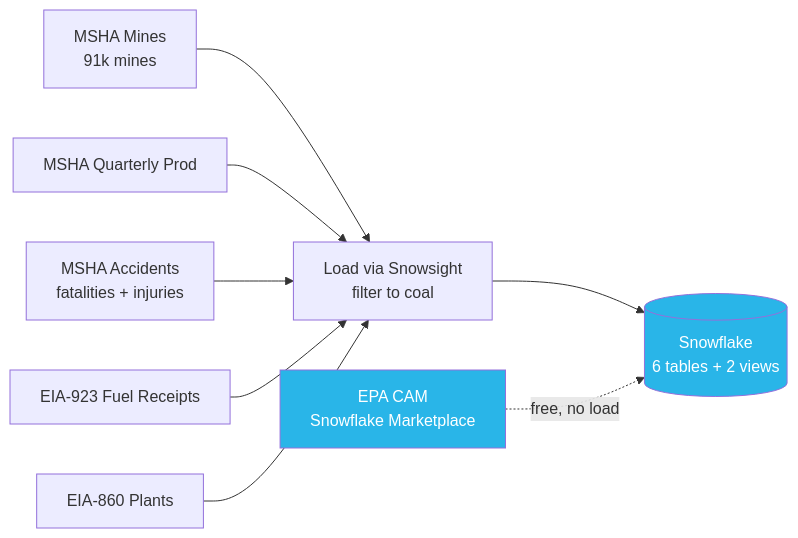
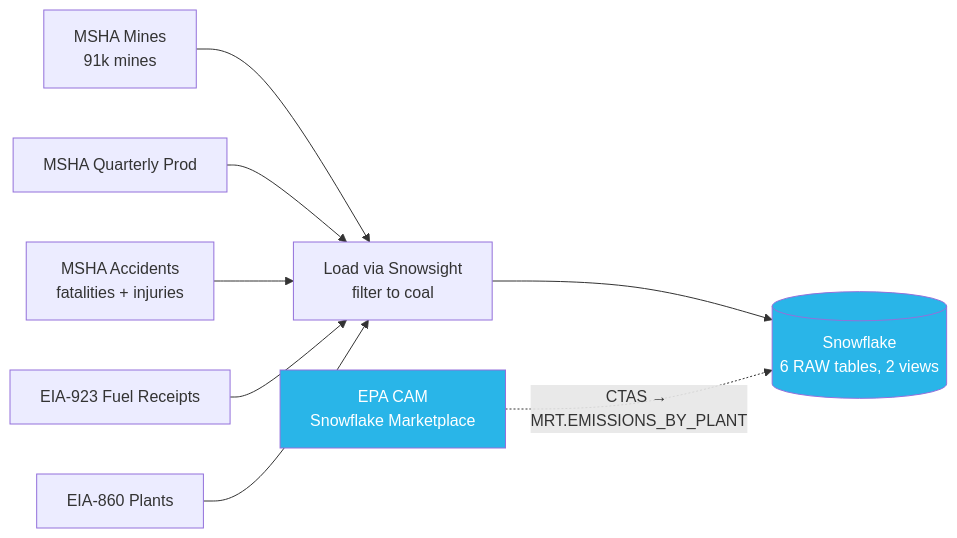
The second of 3 diagrams in system-diagram.md (anchildress1/unearthed), drawn with Mermaid before and after one commit. The commit also changed other lines of this file and 37 other files, not shown here.

````diff
--- a/system-diagram.md
+++ b/system-diagram.md
@@ -70,12 +67,12 @@
 ```mermaid
 flowchart LR
     MSHA1[MSHA Mines<br/>91k mines] --> LOAD
     MSHA2[MSHA Quarterly Prod] --> LOAD
     MSHA3[MSHA Accidents<br/>fatalities + injuries] --> LOAD
     EIA1[EIA-923 Fuel Receipts] --> LOAD
     EIA2[EIA-860 Plants] --> LOAD
-    LOAD[Load via Snowsight<br/>filter to coal] --> DB[(Snowflake<br/>6 tables + 2 views)]
-    MKT[EPA CAM<br/>Snowflake Marketplace] -.->|free, no load| DB
+    LOAD[Load via Snowsight<br/>filter to coal] --> DB[(Snowflake<br/>6 RAW tables, 2 views)]
+    MKT[EPA CAM<br/>Snowflake Marketplace] -.->|CTAS → MRT.EMISSIONS_BY_PLANT| DB
     style DB fill:#29b5e8,color:#fff
     style MKT fill:#29b5e8,color:#fff
 ```
````
